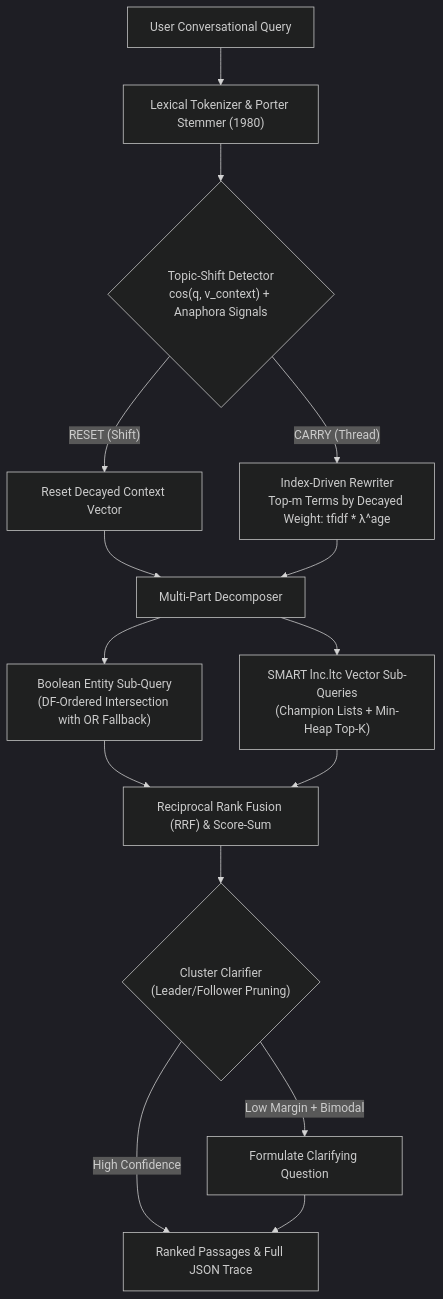
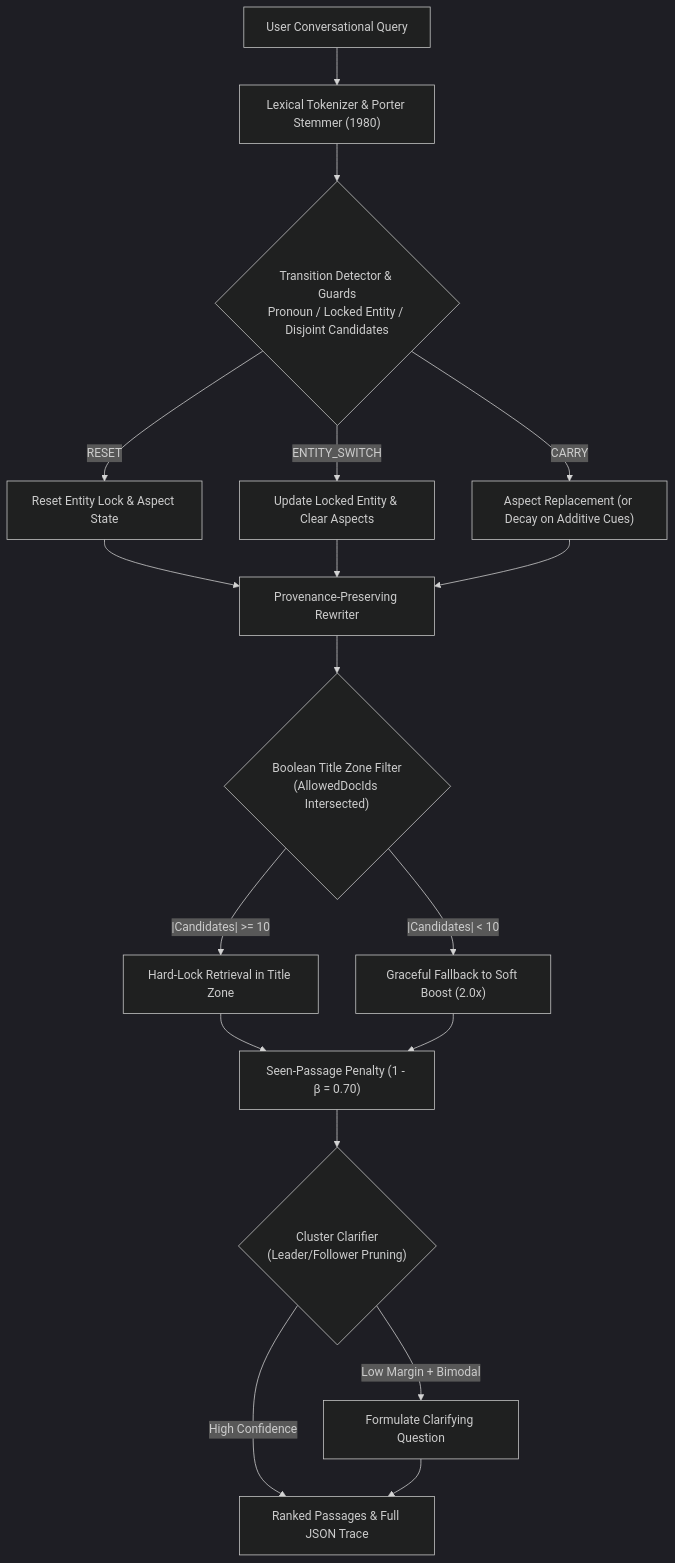
One commit to xShikhar/IR---MidTerm-Assignment changed the diagram in README.md. Above: the diagram before and after it, drawn with Mermaid (dark theme). The commit also changed other lines of this file and 3 other files, not shown here.

````diff
--- a/README.md
+++ b/README.md
@@ -64,22 +60,25 @@
 ```mermaid
 flowchart TD
     UserQuery["User Conversational Query"] --> Tokenizer["Lexical Tokenizer & Porter Stemmer (1980)"]
-    Tokenizer --> ShiftDetector{"Topic-Shift Detector\ncos(q, v_context) + Anaphora Signals"}
+    Tokenizer --> DecisionDetector{"Transition Detector & Guards\nPronoun / Locked Entity / Disjoint Candidates"}
     
-    ShiftDetector -- "RESET (Shift)" --> ClearContext["Reset Decayed Context Vector"]
-    ShiftDetector -- "CARRY (Thread)" --> Rewriter["Index-Driven Rewriter\nTop-m Terms by Decayed Weight: tfidf * λ^age"]
+    DecisionDetector -- "RESET" --> ClearContext["Reset Entity Lock & Aspect State"]
+    DecisionDetector -- "ENTITY_SWITCH" --> SwitchEntity["Update Locked Entity & Clear Aspects"]
+    DecisionDetector -- "CARRY" --> AspectHandler["Aspect Replacement (or Decay on Additive Cues)"]
     
-    ClearContext --> Decomposer["Multi-Part Decomposer"]
-    Rewriter --> Decomposer
+    ClearContext --> Rewriter["Provenance-Preserving Rewriter"]
+    SwitchEntity --> Rewriter
+    AspectHandler --> Rewriter
     
-    Decomposer --> BoolSub["Boolean Entity Sub-Query\n(DF-Ordered Intersection with OR Fallback)"]
-    Decomposer --> VecSub["SMART lnc.ltc Vector Sub-Queries\n(Champion Lists + Min-Heap Top-K)"]
+    Rewriter --> TitleFilter{"Boolean Title Zone Filter\n(AllowedDocIds Intersected)"}
+    TitleFilter -- "|Candidates| >= 10" --> HardRetrieval["Hard-Lock Retrieval in Title Zone"]
+    TitleFilter -- "|Candidates| < 10" --> FallbackRetrieval["Graceful Fallback to Soft Boost (2.0x)"]
     
-    BoolSub --> Fusion["Reciprocal Rank Fusion (RRF) & Score-Sum"]
-    VecSub --> Fusion
+    HardRetrieval --> SeenPenalty["Seen-Passage Penalty (1 - β = 0.70)"]
+    FallbackRetrieval --> SeenPenalty
     
-    Fusion --> Clarifier{"Cluster Clarifier\n(Leader/Follower Pruning)"}
+    SeenPenalty --> Clarifier{"Cluster Clarifier\n(Leader/Follower Pruning)"}
     Clarifier -- "Low Margin + Bimodal" --> ClarifQ["Formulate Clarifying Question"]
     Clarifier -- "High Confidence" --> FinalList["Ranked Passages & Full JSON Trace"]
     ClarifQ --> FinalList
 ```
````
